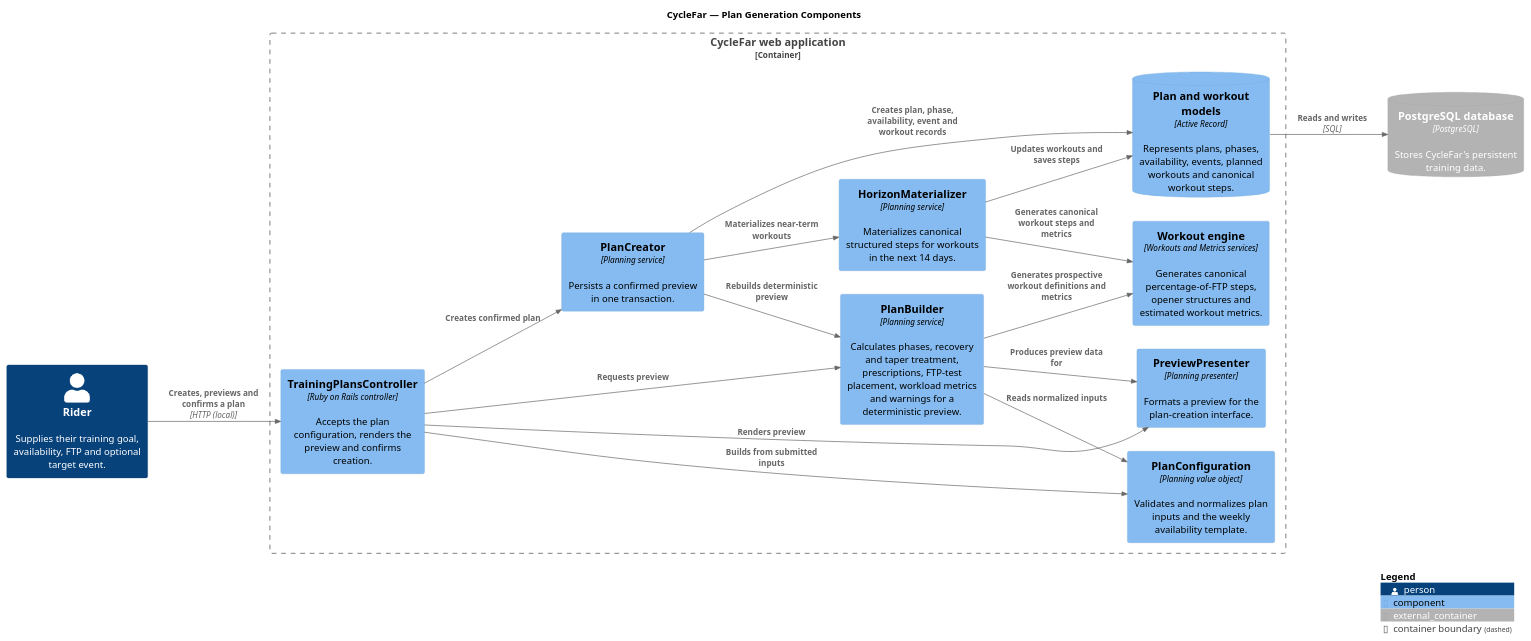
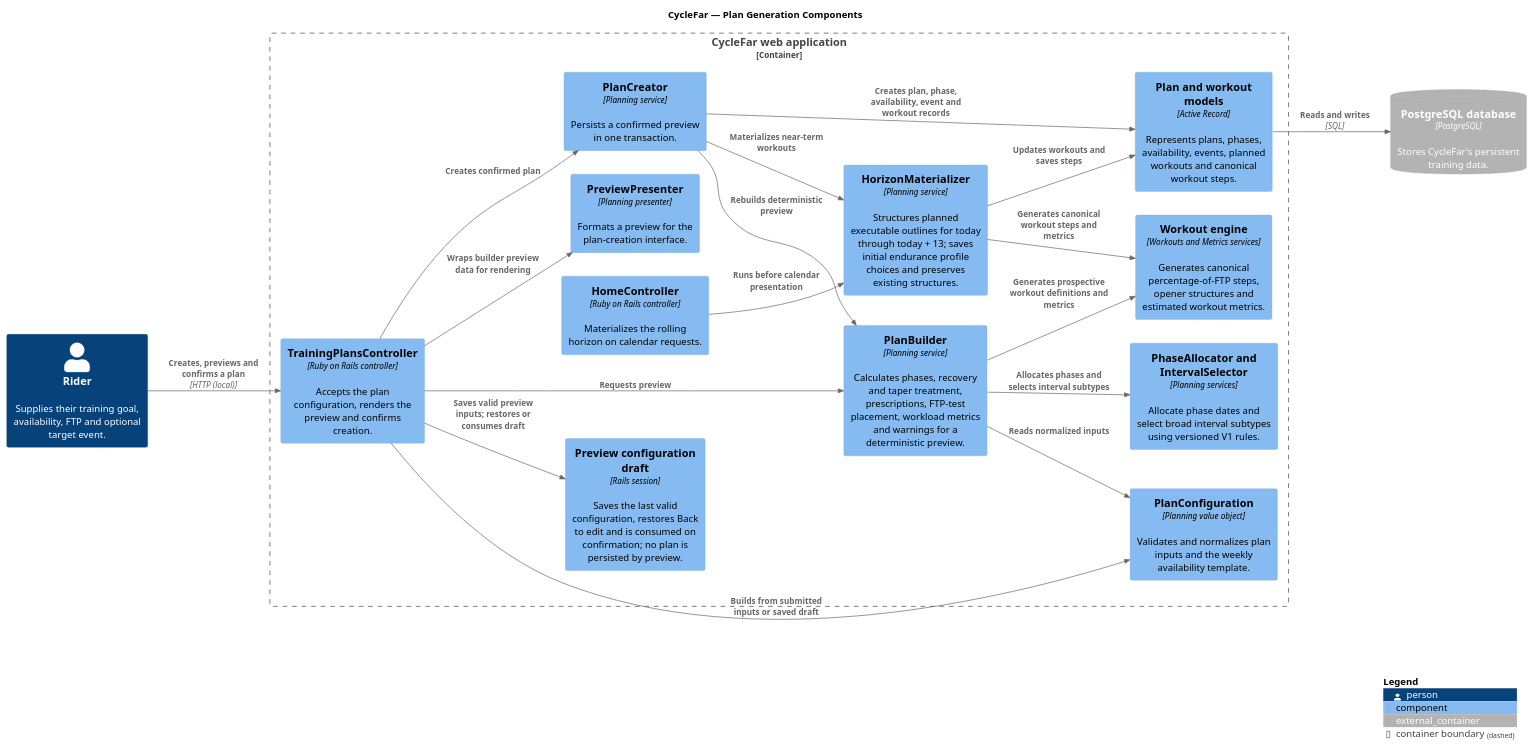
One commit to richardhartme/cyclefar changed the diagram in docs/diagrams/cyclefar-plan-generation-components.puml. Above: the diagram before and after it, drawn with PlantUML. The commit also changed 8 other files, not shown here.

Commit message:
Align C4 diagrams with current implementation

```diff
--- a/docs/diagrams/cyclefar-plan-generation-components.puml
+++ b/docs/diagrams/cyclefar-plan-generation-components.puml
@@ -1,38 +1,44 @@
 @startuml CycleFar Plan Generation Components
+' Reviewed against application source on 2026-09-25; scope and limitations: README.md
 !include https://raw.githubusercontent.com/plantuml-stdlib/C4-PlantUML/master/C4_Component.puml
 
 title CycleFar — Plan Generation Components
 
 LAYOUT_LEFT_RIGHT()
 
 Person(rider, "Rider", "Supplies their training goal, availability, FTP and optional target event.")
 ContainerDb_Ext(database, "PostgreSQL database", "PostgreSQL", "Stores CycleFar's persistent training data.")
 
 Container_Boundary(web_application, "CycleFar web application") {
   Component(controller, "TrainingPlansController", "Ruby on Rails controller", "Accepts the plan configuration, renders the preview and confirms creation.")
+  Component(session, "Preview configuration draft", "Rails session", "Saves the last valid configuration, restores Back to edit and is consumed on confirmation; no plan is persisted by preview.")
+  Component(home, "HomeController", "Ruby on Rails controller", "Materializes the rolling horizon on calendar requests.")
   Component(configuration, "PlanConfiguration", "Planning value object", "Validates and normalizes plan inputs and the weekly availability template.")
   Component(builder, "PlanBuilder", "Planning service", "Calculates phases, recovery and taper treatment, prescriptions, FTP-test placement, workload metrics and warnings for a deterministic preview.")
+  Component(allocation, "PhaseAllocator and IntervalSelector", "Planning services", "Allocate phase dates and select broad interval subtypes using versioned V1 rules.")
   Component(presenter, "PreviewPresenter", "Planning presenter", "Formats a preview for the plan-creation interface.")
   Component(creator, "PlanCreator", "Planning service", "Persists a confirmed preview in one transaction.")
-  Component(materializer, "HorizonMaterializer", "Planning service", "Materializes canonical structured steps for workouts in the next 14 days.")
+  Component(materializer, "HorizonMaterializer", "Planning service", "Structures planned executable outlines for today through today + 13; saves initial endurance profile choices and preserves existing structures.")
   Component(engine, "Workout engine", "Workouts and Metrics services", "Generates canonical percentage-of-FTP steps, opener structures and estimated workout metrics.")
-  ComponentDb(models, "Plan and workout models", "Active Record", "Represents plans, phases, availability, events, planned workouts and canonical workout steps.")
+  Component(models, "Plan and workout models", "Active Record", "Represents plans, phases, availability, events, planned workouts and canonical workout steps.")
 }
 
 Rel(rider, controller, "Creates, previews and confirms a plan", "HTTP (local)")
-Rel(controller, configuration, "Builds from submitted inputs")
+Rel(controller, session, "Saves valid preview inputs; restores or consumes draft")
+Rel(controller, configuration, "Builds from submitted inputs or saved draft")
+Rel(home, materializer, "Runs before calendar presentation")
+Rel(builder, allocation, "Allocates phases and selects interval subtypes")
 Rel(controller, builder, "Requests preview")
 Rel(builder, configuration, "Reads normalized inputs")
 Rel(builder, engine, "Generates prospective workout definitions and metrics")
-Rel(builder, presenter, "Produces preview data for")
-Rel(controller, presenter, "Renders preview")
+Rel(controller, presenter, "Wraps builder preview data for rendering")
 Rel(controller, creator, "Creates confirmed plan")
 Rel(creator, builder, "Rebuilds deterministic preview")
 Rel(creator, models, "Creates plan, phase, availability, event and workout records")
 Rel(creator, materializer, "Materializes near-term workouts")
 Rel(materializer, engine, "Generates canonical workout steps and metrics")
 Rel(materializer, models, "Updates workouts and saves steps")
 Rel(models, database, "Reads and writes", "SQL")
 
 SHOW_LEGEND()
 @enduml
```
